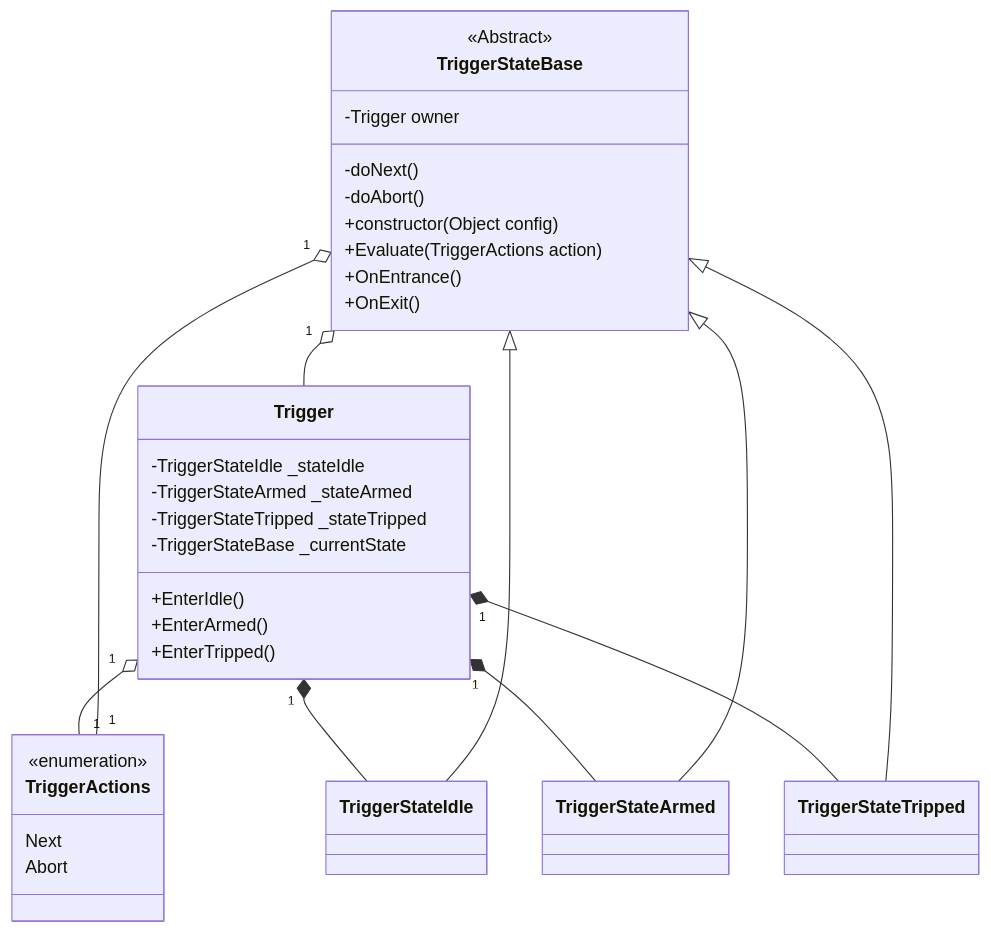
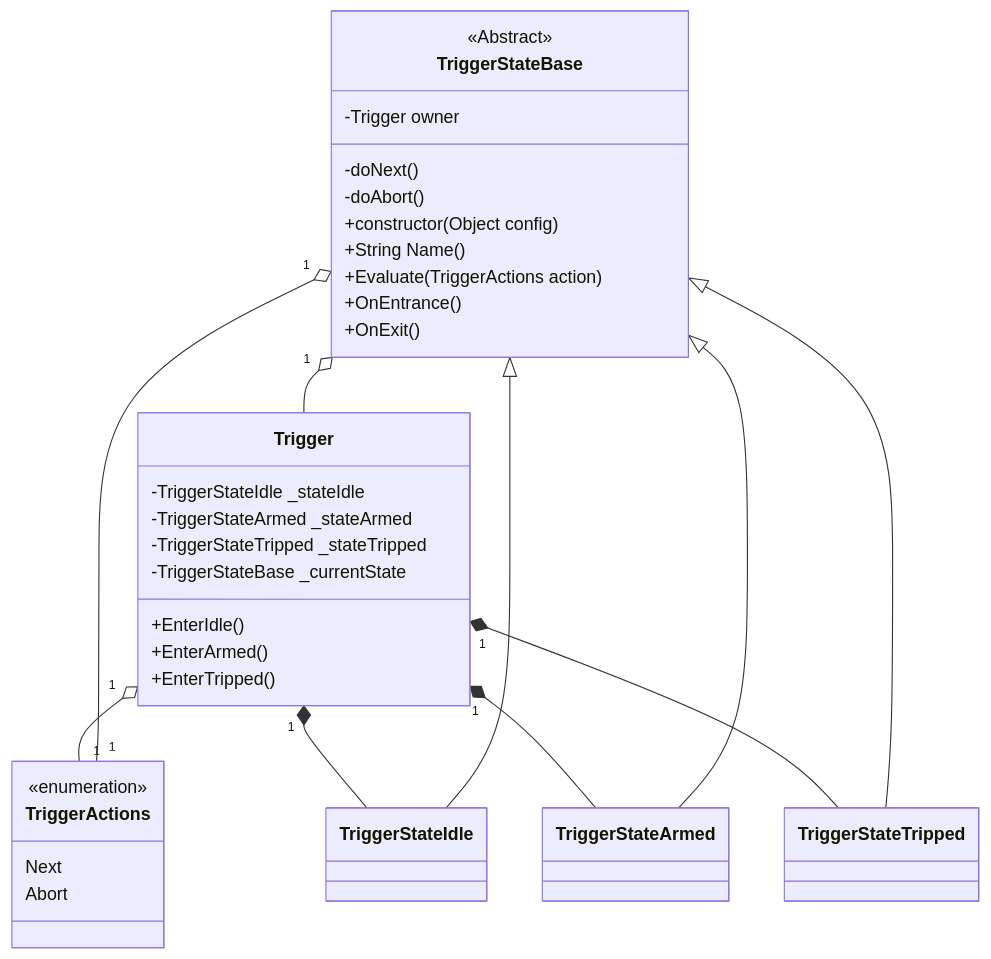
The diagram in design/triggerStateMachine.cd.mmd (pricemi115/homebridge-grumptech-timetriggers), drawn with Mermaid before and after one commit. The commit also changed 7 other files, not shown here.

```diff
--- a/design/triggerStateMachine.cd.mmd
+++ b/design/triggerStateMachine.cd.mmd
@@ -1,44 +1,45 @@
 classDiagram
     class TriggerActions{
         <<enumeration>>
         Next
         Abort
     }
     class Trigger{
         -TriggerStateIdle _stateIdle
         -TriggerStateArmed _stateArmed
         -TriggerStateTripped _stateTripped
         -TriggerStateBase _currentState
 
         +EnterIdle()
         +EnterArmed()
         +EnterTripped()
     }
     class TriggerStateBase{
        <<Abstract>>
        -Trigger owner
        -doNext()
        -doAbort()
        +constructor(Object config)
+       +String Name()
        +Evaluate(TriggerActions action)
        +OnEntrance()
        +OnExit()
     }
     class TriggerStateIdle{
 
     }
     class TriggerStateArmed{
 
     }
     class TriggerStateTripped{
 
     }
     Trigger "1" *-- TriggerStateIdle
     Trigger "1" *-- TriggerStateArmed
     Trigger "1" *-- TriggerStateTripped
     Trigger "1" o-- "1" TriggerActions
     TriggerStateBase "1" o-- "1" TriggerActions
     TriggerStateBase "1" o-- Trigger
     TriggerStateBase <|-- TriggerStateIdle
     TriggerStateBase <|-- TriggerStateArmed
     TriggerStateBase <|-- TriggerStateTripped
```
